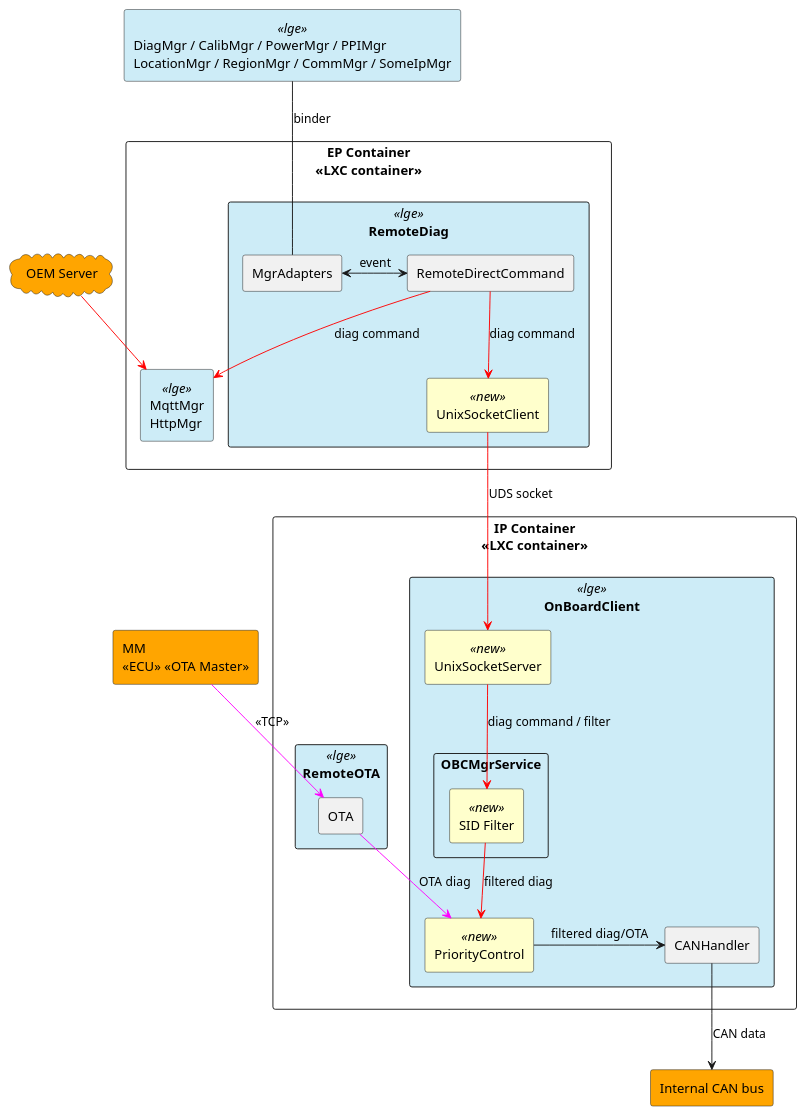
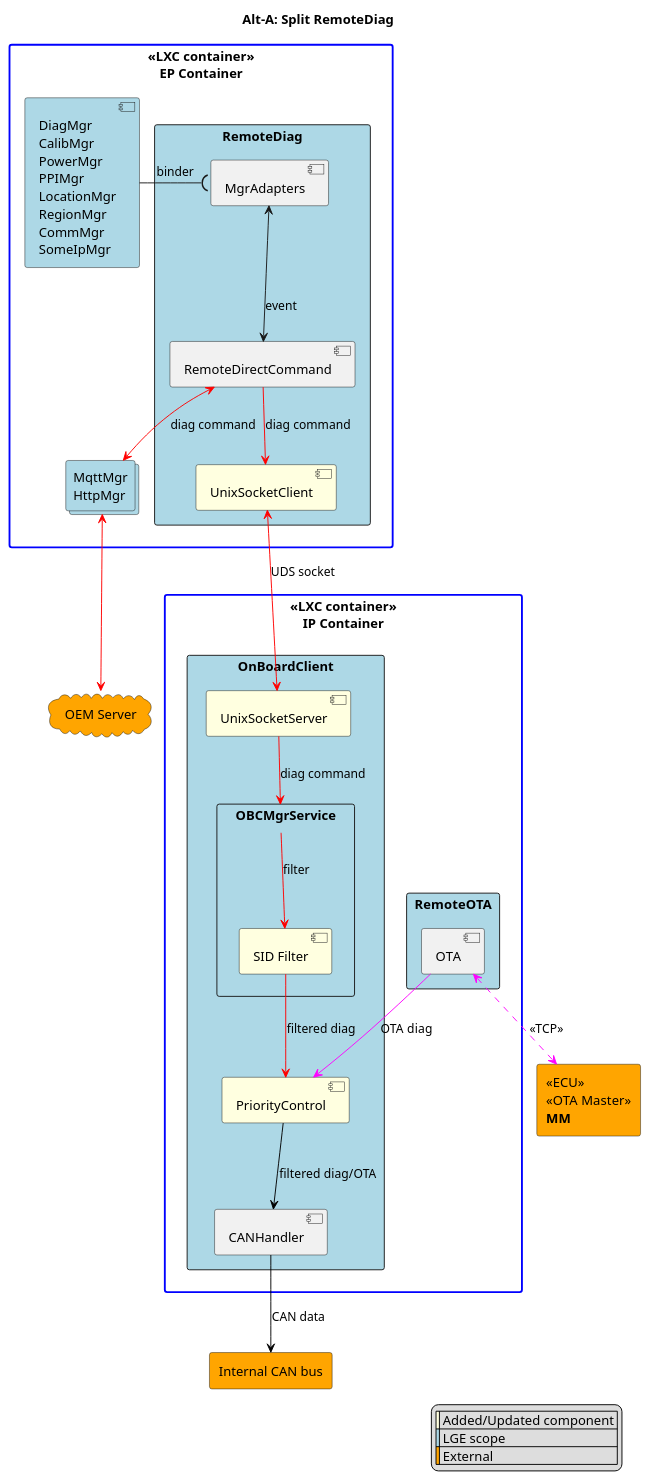
One commit to btqt/fe changed the fourth of 8 diagrams in design/FE_phi.vu_Design of Secure Remote Diag on Container Separation Architecture_3rd.md. Above: the diagram before and after it, drawn with PlantUML. The commit also changed other lines of this file and 3 other files, not shown here.

````diff
--- a/design/FE_phi.vu_Design of Secure Remote Diag on Container Separation Architecture_3rd.md
+++ b/design/FE_phi.vu_Design of Secure Remote Diag on Container Separation Architecture_3rd.md
@@ -201,53 +254,53 @@
 ```plantuml
-@startuml
-skinparam componentStyle uml2
-skinparam rectangle {
-  BackgroundColor<<lge>> #CDECF7
-  BackgroundColor<<new>> #FFFFCC
-  BackgroundColor<<ext>> #FFA500
+@startuml alt_a_split
+title Alt-A: Split RemoteDiag
+
+cloud "OEM Server" as OEM #Orange
+rectangle "<<ECU>>\n<<OTA Master>>\n**MM**" as MM #Orange
+rectangle "Internal CAN bus" as CAN #Orange
+
+rectangle "<<LXC container>>\n**EP Container**" as EP #line:Blue;line.bold {
+    component "DiagMgr\nCalibMgr\nPowerMgr\nPPIMgr\nLocationMgr\nRegionMgr\nCommMgr\nSomeIpMgr" as MGRS #LightBlue
+    rectangle "**RemoteDiag**" as RDG #LightBlue {
+        component "MgrAdapters" as ADP
+        component "RemoteDirectCommand" as RDC
+        component "UnixSocketClient" as USC #LightYellow
+    }
+    collections "MqttMgr\nHttpMgr" as COMM #LightBlue
 }
 
-cloud "OEM Server" as OEM #FFA500
-
-rectangle "DiagMgr / CalibMgr / PowerMgr / PPIMgr\nLocationMgr / RegionMgr / CommMgr / SomeIpMgr" as MGRS <<lge>>
-
-rectangle "EP Container\n<<LXC container>>" {
-  rectangle "RemoteDiag" <<lge>> {
-    rectangle "MgrAdapters" as ADP
-    rectangle "RemoteDirectCommand" as RDC
-    rectangle "UnixSocketClient" as USC <<new>>
-  }
-  rectangle "MqttMgr\nHttpMgr" as MQTT <<lge>>
+rectangle "<<LXC container>>\n**IP Container**" as IP #line:Blue;line.bold {
+    rectangle "**RemoteOTA**" as ROTA #LightBlue {
+        component "OTA" as OTA
+    }
+    rectangle "**OnBoardClient**" as OBC #LightBlue {
+        component "UnixSocketServer" as USS #LightYellow
+        rectangle "OBCMgrService" as OBCS {
+            component "SID Filter" as SID #LightYellow
+        }
+        component "PriorityControl" as PRIO #LightYellow
+        component "CANHandler" as CANH
+    }
 }
 
-rectangle "IP Container\n<<LXC container>>" {
-  rectangle "RemoteOTA" <<lge>> {
-    rectangle "OTA" as OTA
-  }
-  rectangle "OnBoardClient" <<lge>> {
-    rectangle "UnixSocketServer" as USS <<new>>
-    rectangle "OBCMgrService" {
-      rectangle "SID Filter" as SID <<new>>
-    }
-    rectangle "PriorityControl" as PRIO <<new>>
-    rectangle "CANHandler" as CANH
-  }
-}
+MGRS -( ADP : binder
+ADP <--> RDC : event
+RDC <-[#red]-> COMM : diag command
+COMM <-[#red]-> OEM
+RDC -[#red]-> USC : diag command
+USC <-[#red]-> USS : UDS socket
+USS -[#red]-> OBCS : diag command
+OBCS -[#red]-> SID : filter
+SID -[#red]-> PRIO : filtered diag
+OTA <-[#magenta,dashed]-> MM : <<TCP>>
+OTA -[#magenta]-> PRIO : OTA diag
+PRIO -[#black]-> CANH : filtered diag/OTA
+CANH -[#black]-> CAN : CAN data
 
-rectangle "MM\n<<ECU>> <<OTA Master>>" as MM #FFA500
-rectangle "Internal CAN bus" as CAN #FFA500
-
-MGRS -- ADP : binder
-ADP <-> RDC : event
-RDC -[#red]-> MQTT : diag command
-OEM -[#red]-> MQTT
-RDC -[#red]-> USC : diag command
-USC -[#red]-> USS : UDS socket
-USS -[#red]-> SID : diag command / filter
-SID -[#red]-> PRIO : filtered diag
-OTA -[#magenta]-> PRIO : OTA diag
-PRIO -> CANH : filtered diag/OTA
-MM -[#magenta]-> OTA : <<TCP>>
-CANH --> CAN : CAN data
+legend right
+|<#LightYellow>| Added/Updated component |
+|<#LightBlue>| LGE scope |
+|<#Orange>| External |
+endlegend
 @enduml
 ```
````
